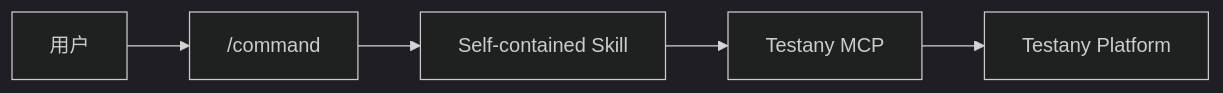
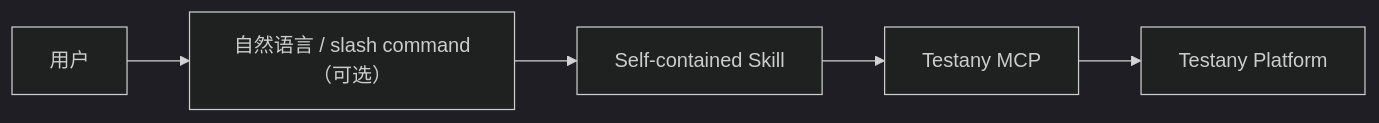
One commit to walternater/testany-agent-skills changed the diagram in plugins/testany-bot/README.md. Above: the diagram before and after it, drawn with Mermaid (dark theme). The commit also changed other lines of this file and 6 other files, not shown here.

````diff
--- a/plugins/testany-bot/README.md
+++ b/plugins/testany-bot/README.md
@@ -90,7 +94,7 @@
 ```mermaid
 flowchart LR
-    User[用户] --> Command["/command"]
-    Command --> Skill["Self-contained Skill"]
+    User[用户] --> Entry["自然语言 / slash command（可选）"]
+    Entry --> Skill["Self-contained Skill"]
     Skill --> MCP["Testany MCP"]
     MCP --> Platform["Testany Platform"]
 ```
````
